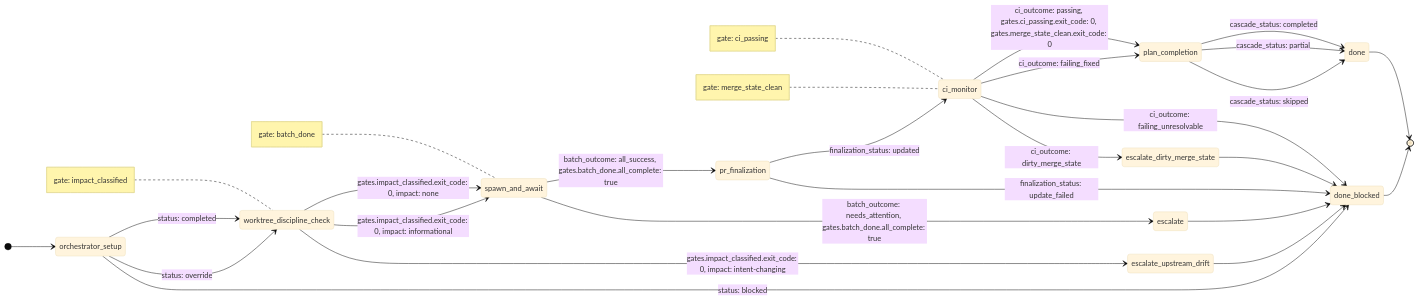
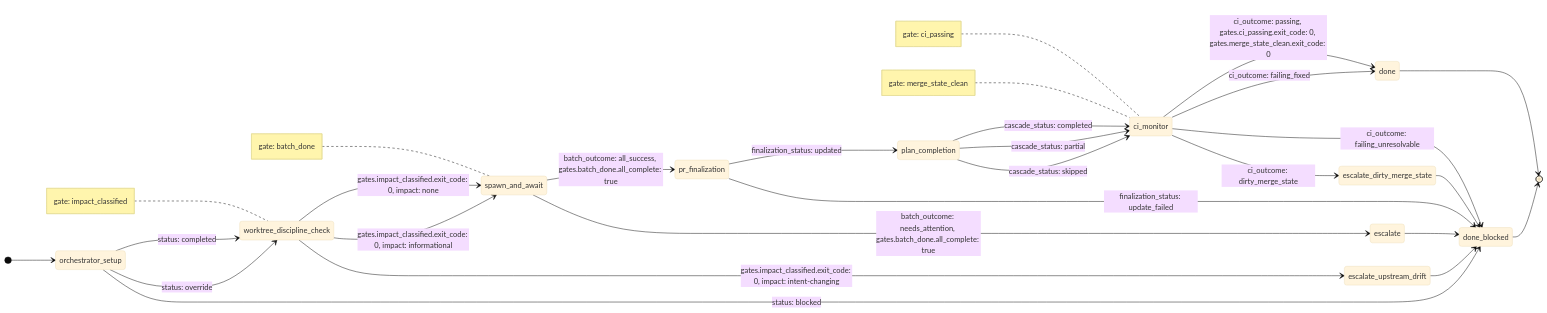
One commit to tsukumogami/shirabe changed the diagram in skills/work-on/koto-templates/work-on-plan.mermaid.md. Above: the diagram before and after it, drawn with Mermaid (base theme). The commit also changed 4 other files, not shown here.

First line of the commit message:
feat(work-on): wire DRAFT-vs-READY cascade ordering into plan orchestrator

````diff
--- a/skills/work-on/koto-templates/work-on-plan.mermaid.md
+++ b/skills/work-on/koto-templates/work-on-plan.mermaid.md
@@ -1,39 +1,39 @@
 ```mermaid
 stateDiagram-v2
     direction LR
     [*] --> orchestrator_setup
-    ci_monitor --> plan_completion : ci_outcome: passing, gates.ci_passing.exit_code: 0, gates.merge_state_clean.exit_code: 0
-    ci_monitor --> plan_completion : ci_outcome: failing_fixed
+    ci_monitor --> done : ci_outcome: passing, gates.ci_passing.exit_code: 0, gates.merge_state_clean.exit_code: 0
+    ci_monitor --> done : ci_outcome: failing_fixed
     ci_monitor --> done_blocked : ci_outcome: failing_unresolvable
     ci_monitor --> escalate_dirty_merge_state : ci_outcome: dirty_merge_state
     escalate --> done_blocked
     escalate_dirty_merge_state --> done_blocked
     escalate_upstream_drift --> done_blocked
     orchestrator_setup --> worktree_discipline_check : status: completed
     orchestrator_setup --> worktree_discipline_check : status: override
     orchestrator_setup --> done_blocked : status: blocked
-    plan_completion --> done : cascade_status: completed
-    plan_completion --> done : cascade_status: partial
-    plan_completion --> done : cascade_status: skipped
-    pr_finalization --> ci_monitor : finalization_status: updated
+    plan_completion --> ci_monitor : cascade_status: completed
+    plan_completion --> ci_monitor : cascade_status: partial
+    plan_completion --> ci_monitor : cascade_status: skipped
+    pr_finalization --> plan_completion : finalization_status: updated
     pr_finalization --> done_blocked : finalization_status: update_failed
     spawn_and_await --> pr_finalization : batch_outcome: all_success, gates.batch_done.all_complete: true
     spawn_and_await --> escalate : batch_outcome: needs_attention, gates.batch_done.all_complete: true
     worktree_discipline_check --> spawn_and_await : gates.impact_classified.exit_code: 0, impact: none
     worktree_discipline_check --> spawn_and_await : gates.impact_classified.exit_code: 0, impact: informational
     worktree_discipline_check --> escalate_upstream_drift : gates.impact_classified.exit_code: 0, impact: intent-changing
     done --> [*]
     done_blocked --> [*]
     note left of ci_monitor
         gate: ci_passing
     end note
     note left of ci_monitor
         gate: merge_state_clean
     end note
     note left of spawn_and_await
         gate: batch_done
     end note
     note left of worktree_discipline_check
         gate: impact_classified
     end note
 ```
````
